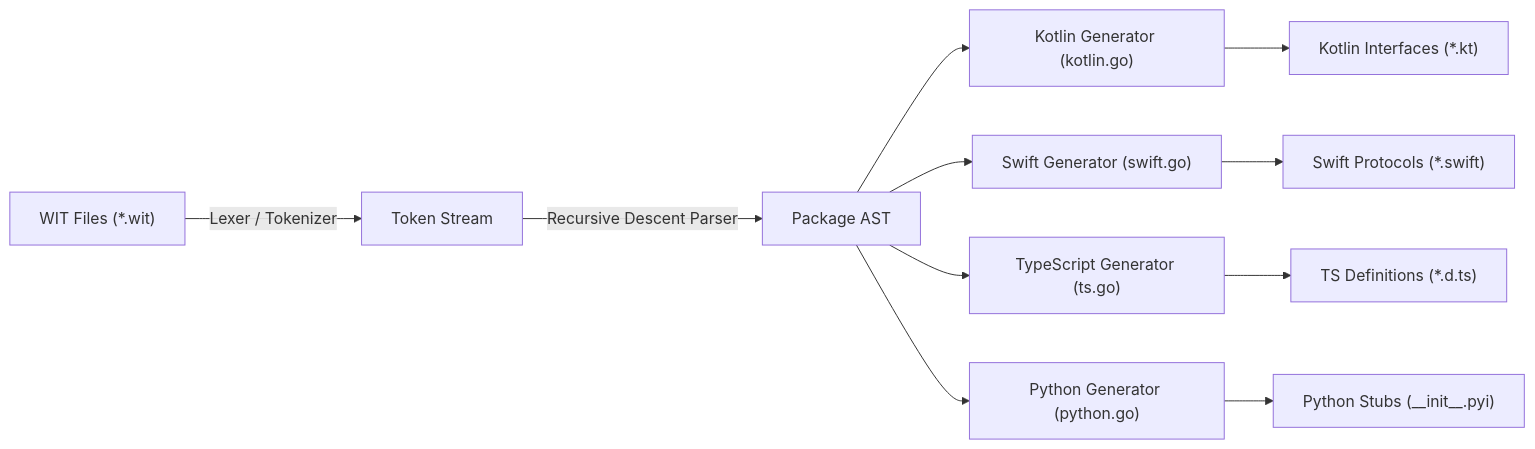
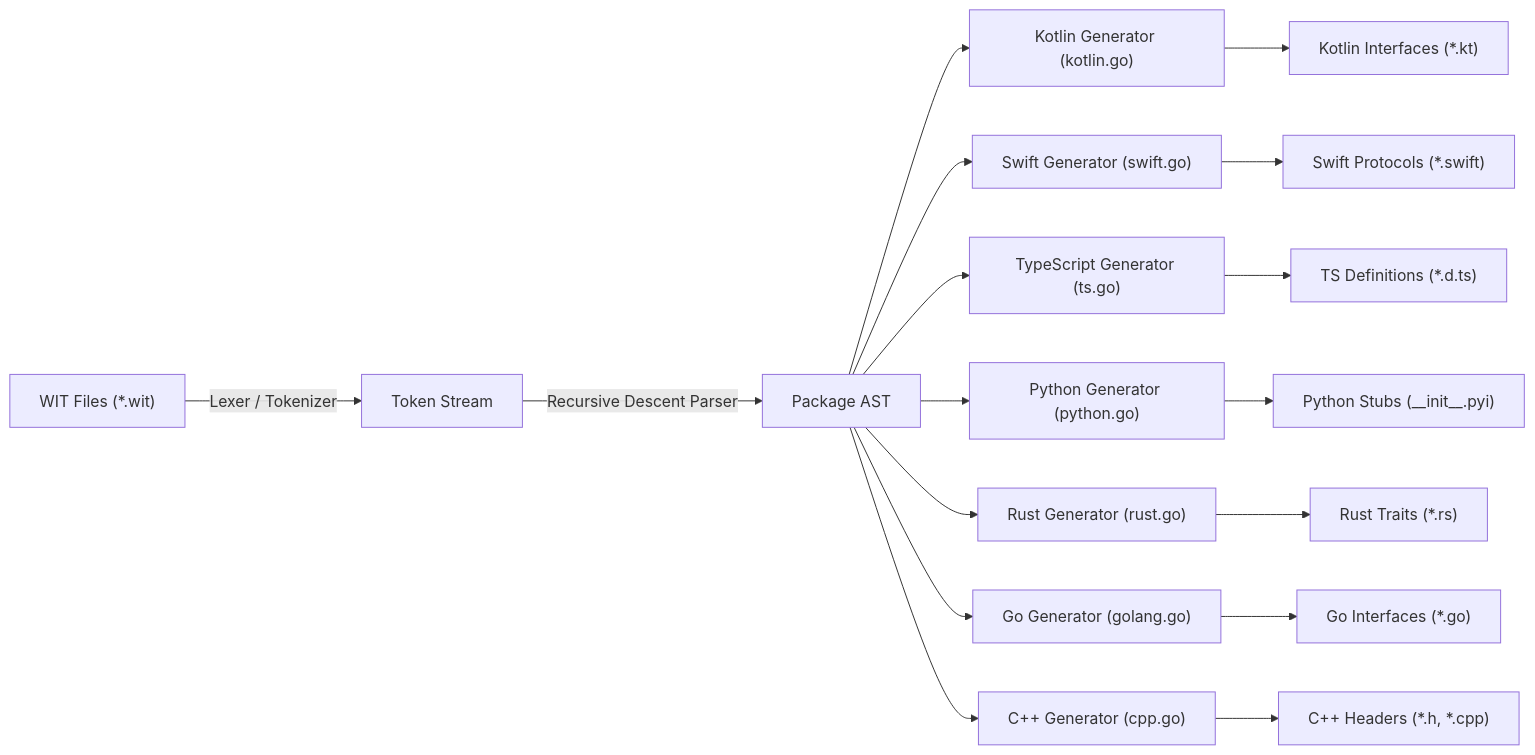
The first of 2 diagrams in docs/wit/architecture.md (wcodesoft/please-rules), drawn with Mermaid before and after one commit. The commit also changed other lines of this file and 24 other files, not shown here.

````diff
--- a/docs/wit/architecture.md
+++ b/docs/wit/architecture.md
@@ -31,14 +35,20 @@
 ```mermaid
 flowchart LR
     WIT["WIT Files (*.wit)"] -->|Lexer / Tokenizer| Tokens["Token Stream"]
     Tokens -->|Recursive Descent Parser| AST["Package AST"]
     AST --> KotlinGen["Kotlin Generator (kotlin.go)"]
     AST --> SwiftGen["Swift Generator (swift.go)"]
     AST --> TSGen["TypeScript Generator (ts.go)"]
     AST --> PyGen["Python Generator (python.go)"]
+    AST --> RustGen["Rust Generator (rust.go)"]
+    AST --> GoGen["Go Generator (golang.go)"]
+    AST --> CCGen["C++ Generator (cpp.go)"]
 
     KotlinGen --> KotlinOut["Kotlin Interfaces (*.kt)"]
     SwiftGen --> SwiftOut["Swift Protocols (*.swift)"]
     TSGen --> TSOut["TS Definitions (*.d.ts)"]
     PyGen --> PyOut["Python Stubs (__init__.pyi)"]
+    RustGen --> RustOut["Rust Traits (*.rs)"]
+    GoGen --> GoOut["Go Interfaces (*.go)"]
+    CCGen --> CCOut["C++ Headers (*.h, *.cpp)"]
 ```
````
